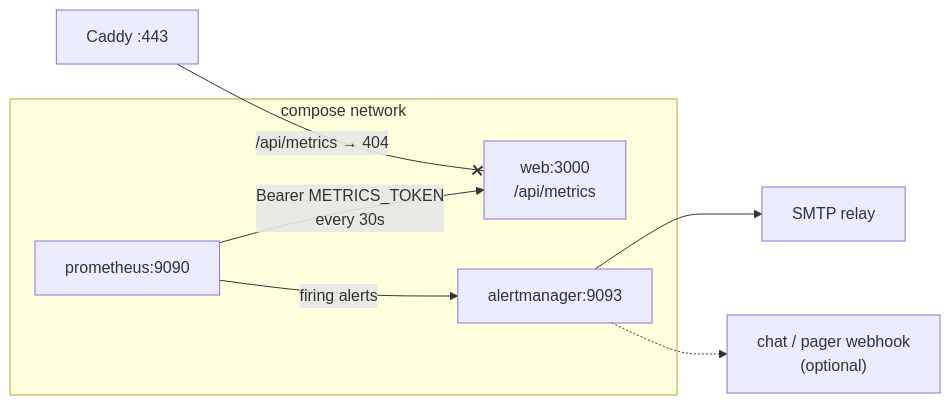
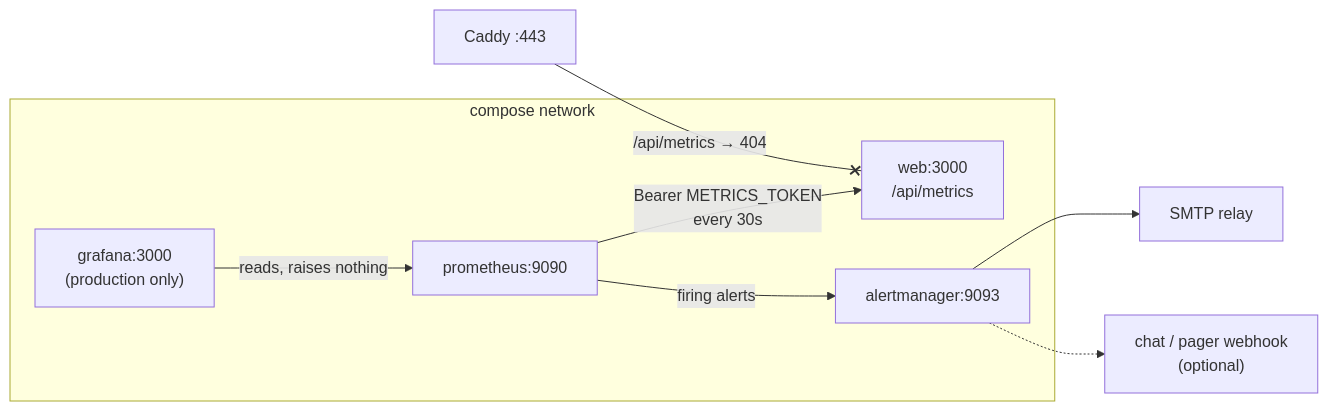
Before and after one commit to GreenArrow-7/Master-Suit: the diagram in docs/OBSERVABILITY.md, drawn with Mermaid. The commit also changed other lines of this file and 7 other files, not shown here.

First line of the commit message:
feat(observability): production graphs what Prometheus already collects

````diff
--- a/docs/OBSERVABILITY.md
+++ b/docs/OBSERVABILITY.md
@@ -12,17 +13,19 @@
 ```mermaid
 flowchart LR
   subgraph net["compose network"]
     WEB["web:3000<br/>/api/metrics"]
     PROM["prometheus:9090"]
     AM["alertmanager:9093"]
+    GRAF["grafana:3000<br/>(production only)"]
   end
   CADDY["Caddy :443"]
   RELAY["SMTP relay"]
   HOOK["chat / pager webhook<br/>(optional)"]
 
   CADDY -- "/api/metrics → 404" --x WEB
   PROM -- "Bearer METRICS_TOKEN<br/>every 30s" --> WEB
   PROM -- "firing alerts" --> AM
   AM --> RELAY
   AM -.-> HOOK
+  GRAF -- "reads, raises nothing" --> PROM
 ```
````
